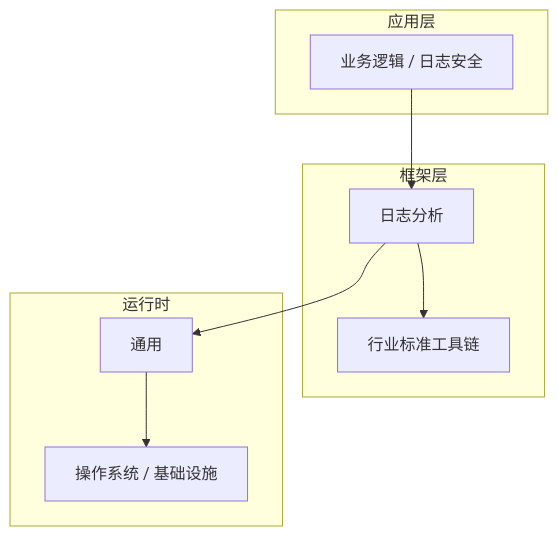
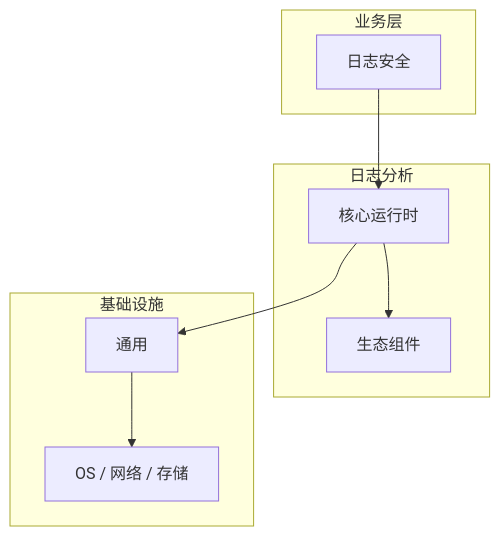
One commit to yanggan2015/knowledge-json-v2 changed the diagram in articles/日志分析/chapters/051-日志安全核心概念与原理.md. Above: the diagram before and after it, drawn with Mermaid. The commit also changed other lines of this file and 10127 other files, not shown here.

````diff
--- a/articles/日志分析/chapters/051-日志安全核心概念与原理.md
+++ b/articles/日志分析/chapters/051-日志安全核心概念与原理.md
@@ -45,18 +34,18 @@
 ```mermaid
 graph TB
-    subgraph 应用层
-        A[业务逻辑 / 日志安全]
+    subgraph 业务层
+        A[日志安全]
     end
-    subgraph 框架层
-        B[日志分析]
-        C[行业标准工具链]
+    subgraph 日志分析
+        B[核心运行时]
+        C[生态组件]
     end
-    subgraph 运行时
+    subgraph 基础设施
         D[通用]
-        E[操作系统 / 基础设施]
+        E[OS / 网络 / 存储]
     end
     A --> B
     B --> C
     B --> D
     D --> E
 ```
````
